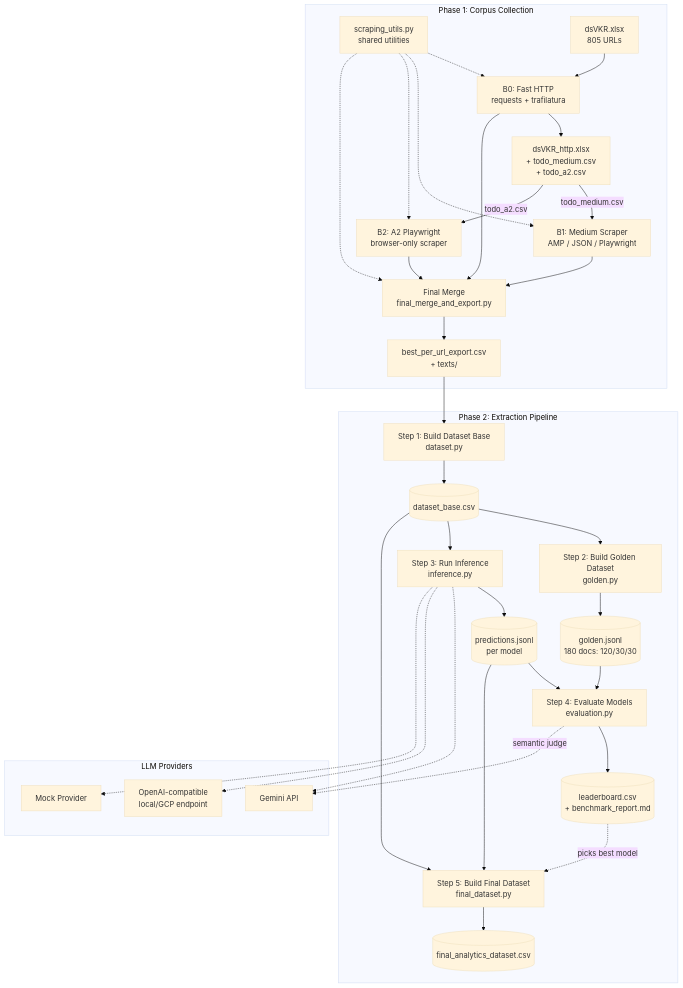
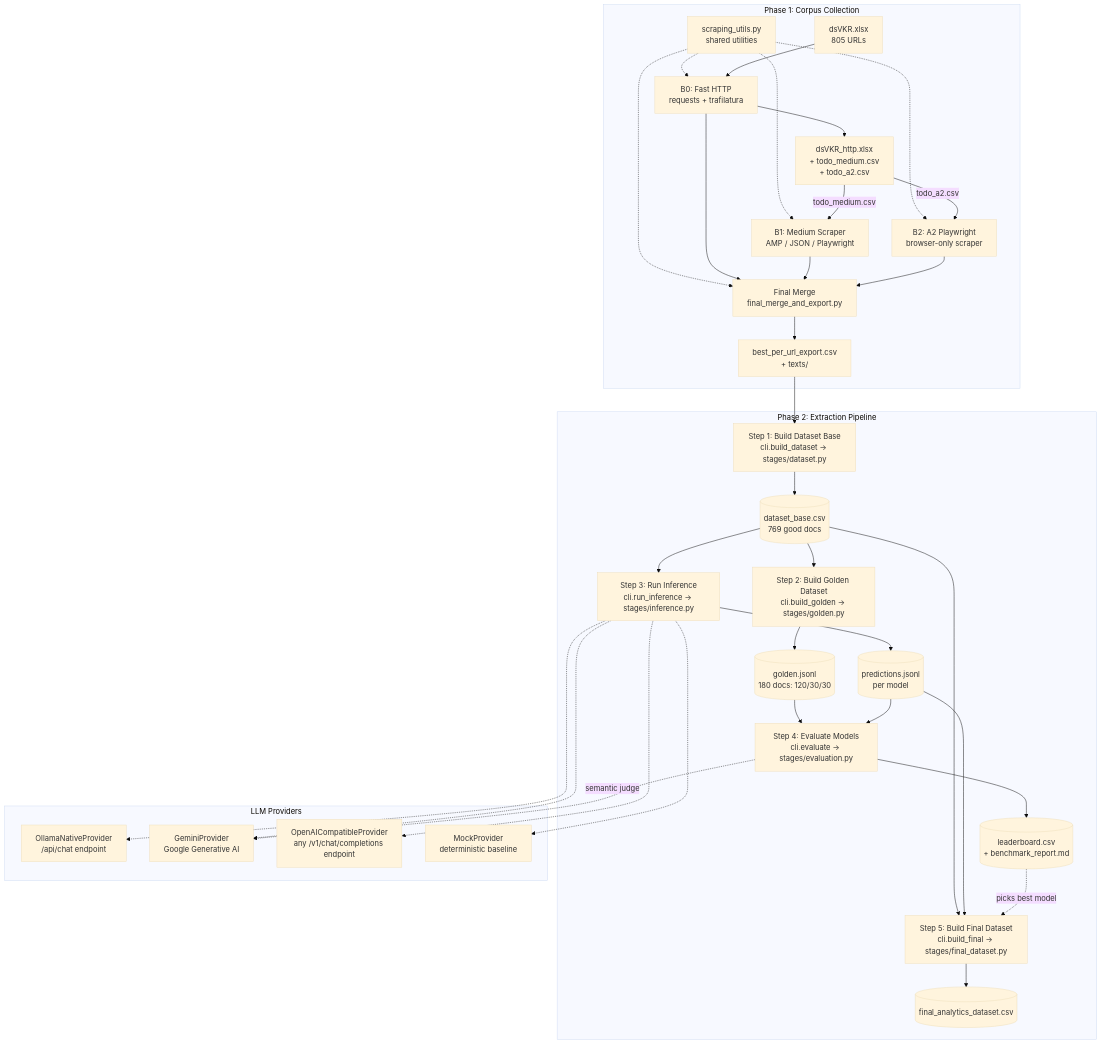
The diagram in ARCHITECTURE.md (Nadejny/ai-maturity-extraction), drawn with Mermaid (base theme) before and after one commit. The commit also changed other lines of this file and 4 other files, not shown here.

Commit message:
Update ARCHITECTURE.md; gitignore working notes

````diff
--- a/ARCHITECTURE.md
+++ b/ARCHITECTURE.md
@@ -14,47 +14,48 @@
 ```mermaid
 graph TD
     subgraph "Phase 1: Corpus Collection"
         SU[scraping_utils.py<br/>shared utilities] -.-> B0
         SU -.-> B1
         SU -.-> B2
         SU -.-> M
 
         A[dsVKR.xlsx<br/>805 URLs] --> B0[B0: Fast HTTP<br/>requests + trafilatura]
         B0 --> R0[dsVKR_http.xlsx<br/>+ todo_medium.csv<br/>+ todo_a2.csv]
 
         R0 -->|todo_medium.csv| B1[B1: Medium Scraper<br/>AMP / JSON / Playwright]
         R0 -->|todo_a2.csv| B2[B2: A2 Playwright<br/>browser-only scraper]
 
         B0 --> M[Final Merge<br/>final_merge_and_export.py]
         B1 --> M
         B2 --> M
         M --> EXP[best_per_url_export.csv<br/>+ texts/]
     end
 
     subgraph "Phase 2: Extraction Pipeline"
-        EXP --> S1[Step 1: Build Dataset Base<br/>dataset.py]
-        S1 --> DB[(dataset_base.csv)]
+        EXP --> S1[Step 1: Build Dataset Base<br/>cli.build_dataset → stages/dataset.py]
+        S1 --> DB[(dataset_base.csv<br/>769 good docs)]
 
-        DB --> S2[Step 2: Build Golden Dataset<br/>golden.py]
+        DB --> S2[Step 2: Build Golden Dataset<br/>cli.build_golden → stages/golden.py]
         S2 --> GD[(golden.jsonl<br/>180 docs: 120/30/30)]
 
-        DB --> S3[Step 3: Run Inference<br/>inference.py]
+        DB --> S3[Step 3: Run Inference<br/>cli.run_inference → stages/inference.py]
         S3 --> PR[(predictions.jsonl<br/>per model)]
 
-        GD --> S4[Step 4: Evaluate Models<br/>evaluation.py]
+        GD --> S4[Step 4: Evaluate Models<br/>cli.evaluate → stages/evaluation.py]
         PR --> S4
         S4 --> LB[(leaderboard.csv<br/>+ benchmark_report.md)]
 
-        DB --> S5[Step 5: Build Final Dataset<br/>final_dataset.py]
+        DB --> S5[Step 5: Build Final Dataset<br/>cli.build_final → stages/final_dataset.py]
         PR --> S5
         LB -.->|picks best model| S5
         S5 --> FD[(final_analytics_dataset.csv)]
     end
 
     subgraph "LLM Providers"
-        S3 -.-> G[Gemini API]
-        S3 -.-> O[OpenAI-compatible<br/>local/GCP endpoint]
-        S3 -.-> MK[Mock Provider]
+        S3 -.-> ON[OllamaNativeProvider<br/>/api/chat endpoint]
+        S3 -.-> G[GeminiProvider<br/>Google Generative AI]
+        S3 -.-> O[OpenAICompatibleProvider<br/>any /v1/chat/completions endpoint]
+        S3 -.-> MK[MockProvider<br/>deterministic baseline]
         S4 -.->|semantic judge| G
     end
 ```
````
